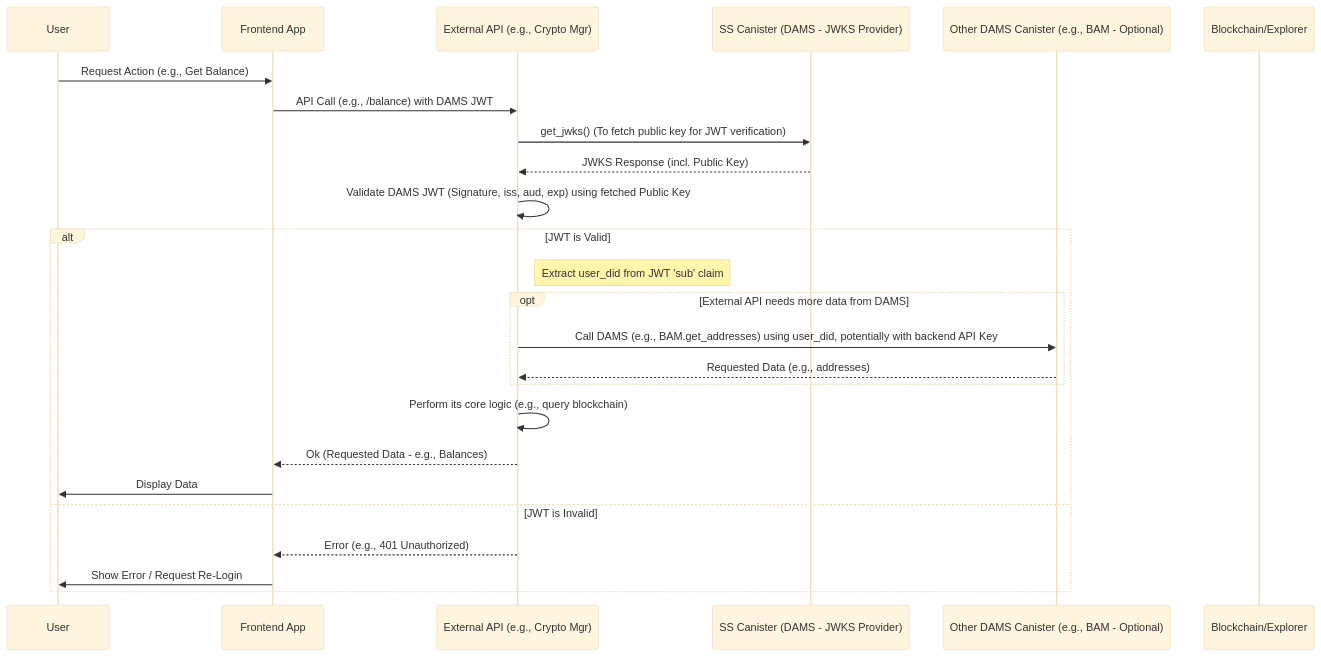
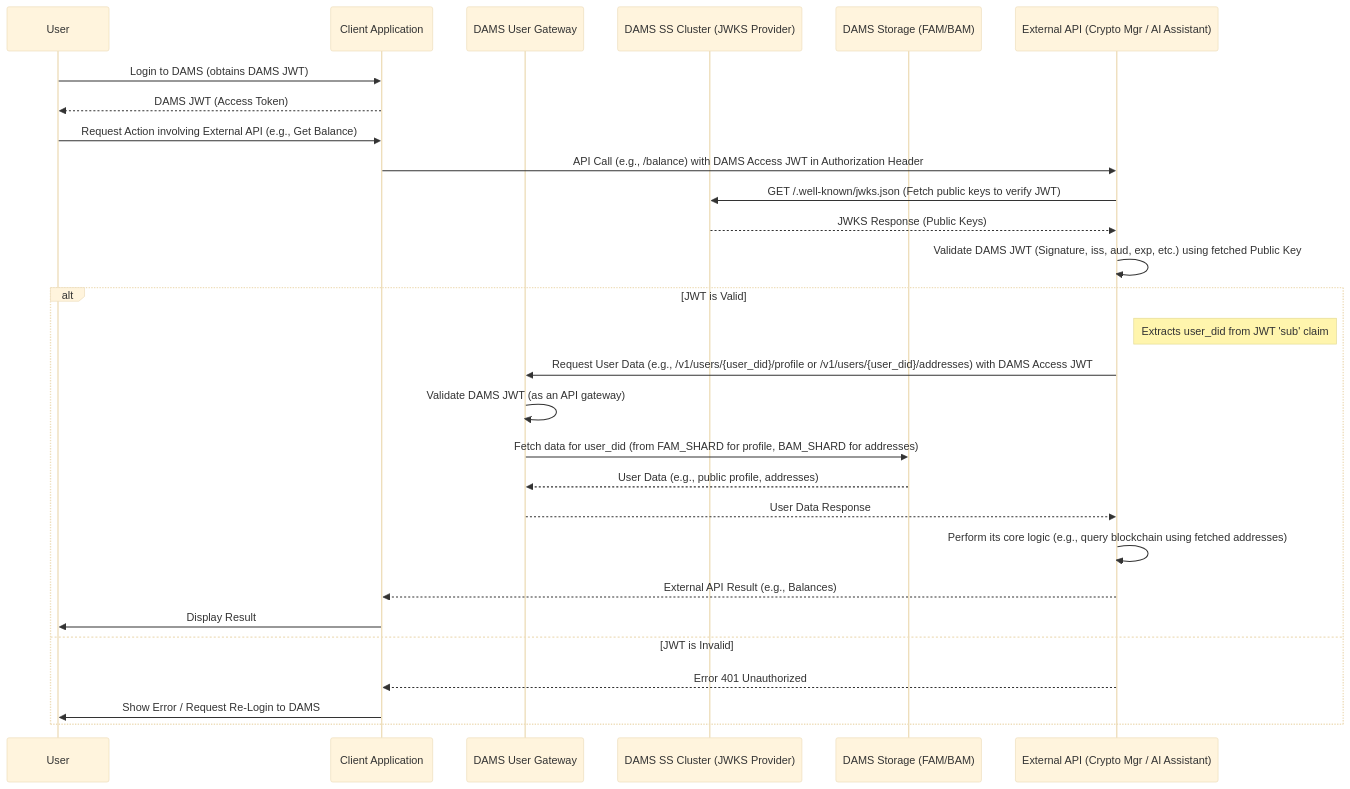
One commit to kongsolutions/dams changed the second of 2 diagrams in README.md. Above: the diagram before and after it, drawn with Mermaid (base theme). The commit also changed other lines of this file, not shown here.

````diff
--- a/README.md
+++ b/README.md
@@ -208,28 +154,35 @@
 ```mermaid
 sequenceDiagram
     participant U as User
-    participant FE as Frontend App
-    participant ExtAPI as External API (e.g., Crypto Mgr)
-    participant SS as SS Canister (DAMS - JWKS Provider)
-    participant DAMS_Other as Other DAMS Canister (e.g., BAM - Optional)
-    participant Chain as Blockchain/Explorer
+    participant ClientApp as Client Application
+    participant DAMS_UG as DAMS User Gateway
+    participant DAMS_SS as DAMS SS Cluster (JWKS Provider)
+    participant DAMS_Storage as DAMS Storage (FAM/BAM)
+    participant ExtAPI as External API (Crypto Mgr / AI Assistant)
 
-    U->>FE: Request Action (e.g., Get Balance)
-    FE->>ExtAPI: API Call (e.g., /balance) with DAMS JWT
-    ExtAPI->>SS: get_jwks() (To fetch public key for JWT verification)
-    SS-->>ExtAPI: JWKS Response (incl. Public Key)
-    ExtAPI->>ExtAPI: Validate DAMS JWT (Signature, iss, aud, exp) using fetched Public Key
+    U->>ClientApp: Login to DAMS (obtains DAMS JWT)
+    ClientApp-->>U: DAMS JWT (Access Token)
+
+    U->>ClientApp: Request Action involving External API (e.g., Get Balance)
+    ClientApp->>ExtAPI: API Call (e.g., /balance) with DAMS Access JWT in Authorization Header
+    
+    ExtAPI->>DAMS_SS: GET /.well-known/jwks.json (Fetch public keys to verify JWT)
+    DAMS_SS-->>ExtAPI: JWKS Response (Public Keys)
+    ExtAPI->>ExtAPI: Validate DAMS JWT (Signature, iss, aud, exp, etc.) using fetched Public Key
+    
     alt JWT is Valid
-        Note right of ExtAPI: Extract user_did from JWT 'sub' claim
-        opt External API needs more data from DAMS
-            ExtAPI->>DAMS_Other: Call DAMS (e.g., BAM.get_addresses) using user_did, potentially with backend API Key
-            DAMS_Other-->>ExtAPI: Requested Data (e.g., addresses)
-        end
-        ExtAPI->>ExtAPI: Perform its core logic (e.g., query blockchain)
-        ExtAPI-->>FE: Ok (Requested Data - e.g., Balances)
-        FE->>U: Display Data
+        Note right of ExtAPI: Extracts user_did from JWT 'sub' claim
+        ExtAPI->>DAMS_UG: Request User Data (e.g., /v1/users/{user_did}/profile or /v1/users/{user_did}/addresses) with DAMS Access JWT
+        DAMS_UG->>DAMS_UG: Validate DAMS JWT (as an API gateway)
+        DAMS_UG->>DAMS_Storage: Fetch data for user_did (from FAM_SHARD for profile, BAM_SHARD for addresses)
+        DAMS_Storage-->>DAMS_UG: User Data (e.g., public profile, addresses)
+        DAMS_UG-->>ExtAPI: User Data Response 
+        
+        ExtAPI->>ExtAPI: Perform its core logic (e.g., query blockchain using fetched addresses)
+        ExtAPI-->>ClientApp: External API Result (e.g., Balances)
+        ClientApp->>U: Display Result
     else JWT is Invalid
-        ExtAPI-->>FE: Error (e.g., 401 Unauthorized)
-        FE->>U: Show Error / Request Re-Login
+        ExtAPI-->>ClientApp: Error 401 Unauthorized
+        ClientApp->>U: Show Error / Request Re-Login to DAMS
     end
 ```
````
